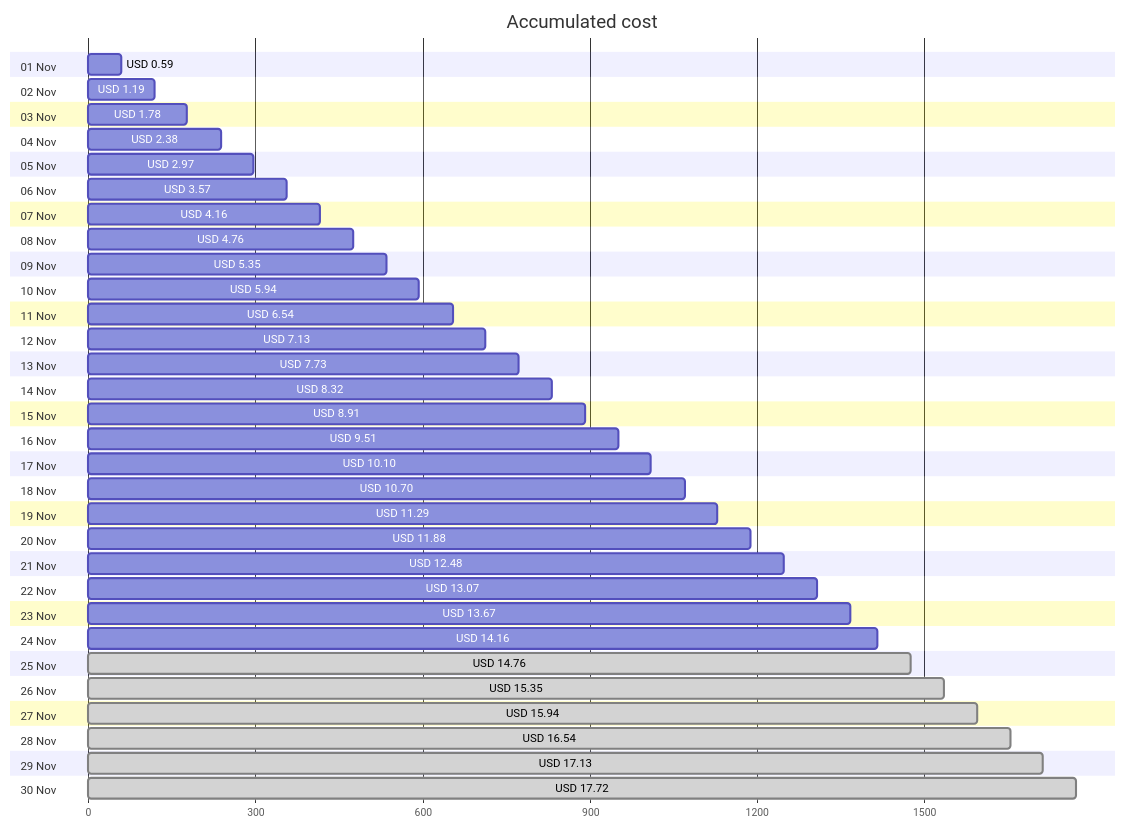
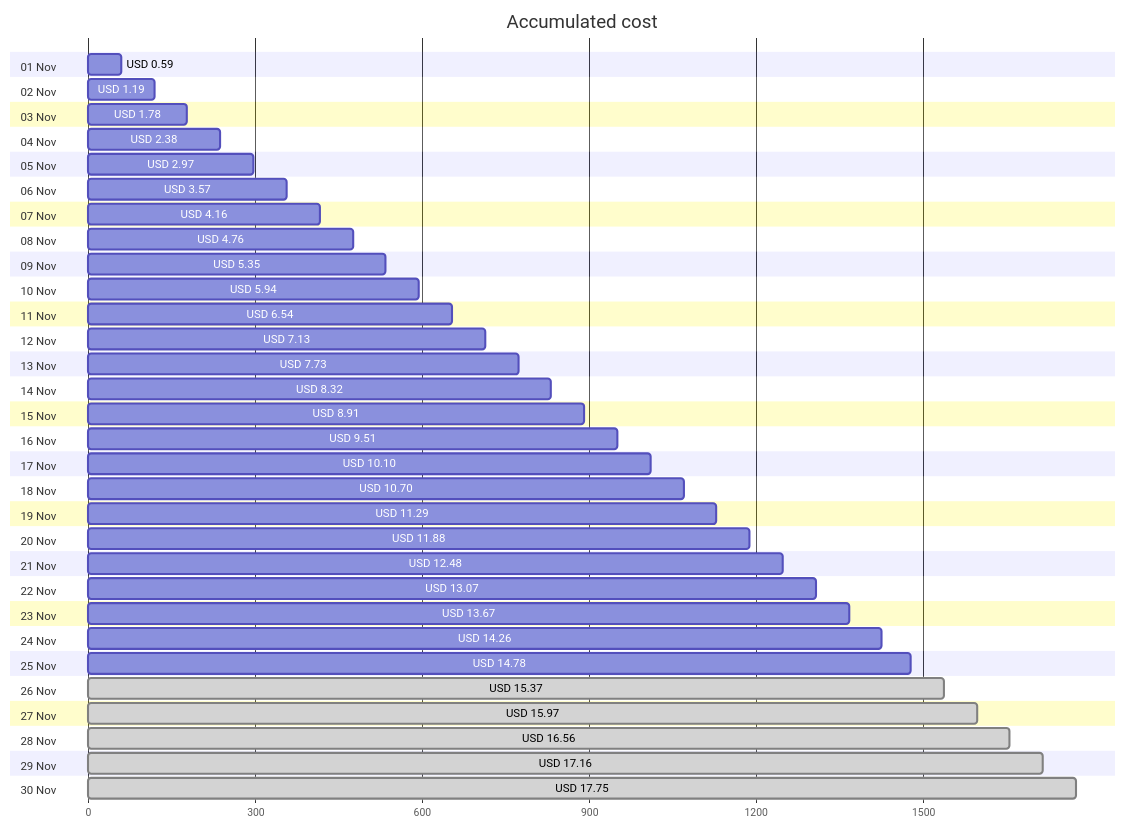
One commit to jpfulton/azure-personal-reports changed the first of 4 diagrams in cost-reports/personal-site/README.md. Above: the diagram before and after it, drawn with Mermaid. The commit also changed other lines of this file and 6 other files, not shown here.

````diff
--- a/cost-reports/personal-site/README.md
+++ b/cost-reports/personal-site/README.md
@@ -20,66 +20,66 @@
 ```mermaid
 gantt
    title Accumulated cost
    dateFormat  X
    axisFormat %s
    section 01 Nov
    USD 0.59 :0, 59
    section 02 Nov
    USD 1.19 :0, 119
    section 03 Nov
    USD 1.78 :0, 178
    section 04 Nov
    USD 2.38 :0, 238
    section 05 Nov
    USD 2.97 :0, 297
    section 06 Nov
    USD 3.57 :0, 357
    section 07 Nov
    USD 4.16 :0, 416
    section 08 Nov
    USD 4.76 :0, 476
    section 09 Nov
    USD 5.35 :0, 535
    section 10 Nov
    USD 5.94 :0, 594
    section 11 Nov
    USD 6.54 :0, 654
    section 12 Nov
    USD 7.13 :0, 713
    section 13 Nov
    USD 7.73 :0, 773
    section 14 Nov
    USD 8.32 :0, 832
    section 15 Nov
    USD 8.91 :0, 891
    section 16 Nov
    USD 9.51 :0, 951
    section 17 Nov
    USD 10.10 :0, 1010
    section 18 Nov
    USD 10.70 :0, 1070
    section 19 Nov
    USD 11.29 :0, 1129
    section 20 Nov
    USD 11.88 :0, 1188
    section 21 Nov
    USD 12.48 :0, 1248
    section 22 Nov
    USD 13.07 :0, 1307
    section 23 Nov
    USD 13.67 :0, 1367
    section 24 Nov
-   USD 14.16 :0, 1416
+   USD 14.26 :0, 1426
    section 25 Nov
-   USD 14.76 : done, 0, 1476
+   USD 14.78 :0, 1478
    section 26 Nov
-   USD 15.35 : done, 0, 1535
+   USD 15.37 : done, 0, 1537
    section 27 Nov
-   USD 15.94 : done, 0, 1594
+   USD 15.97 : done, 0, 1597
    section 28 Nov
-   USD 16.54 : done, 0, 1654
+   USD 16.56 : done, 0, 1656
    section 29 Nov
-   USD 17.13 : done, 0, 1713
+   USD 17.16 : done, 0, 1716
    section 30 Nov
-   USD 17.72 : done, 0, 1772
+   USD 17.75 : done, 0, 1775
 ```
````
